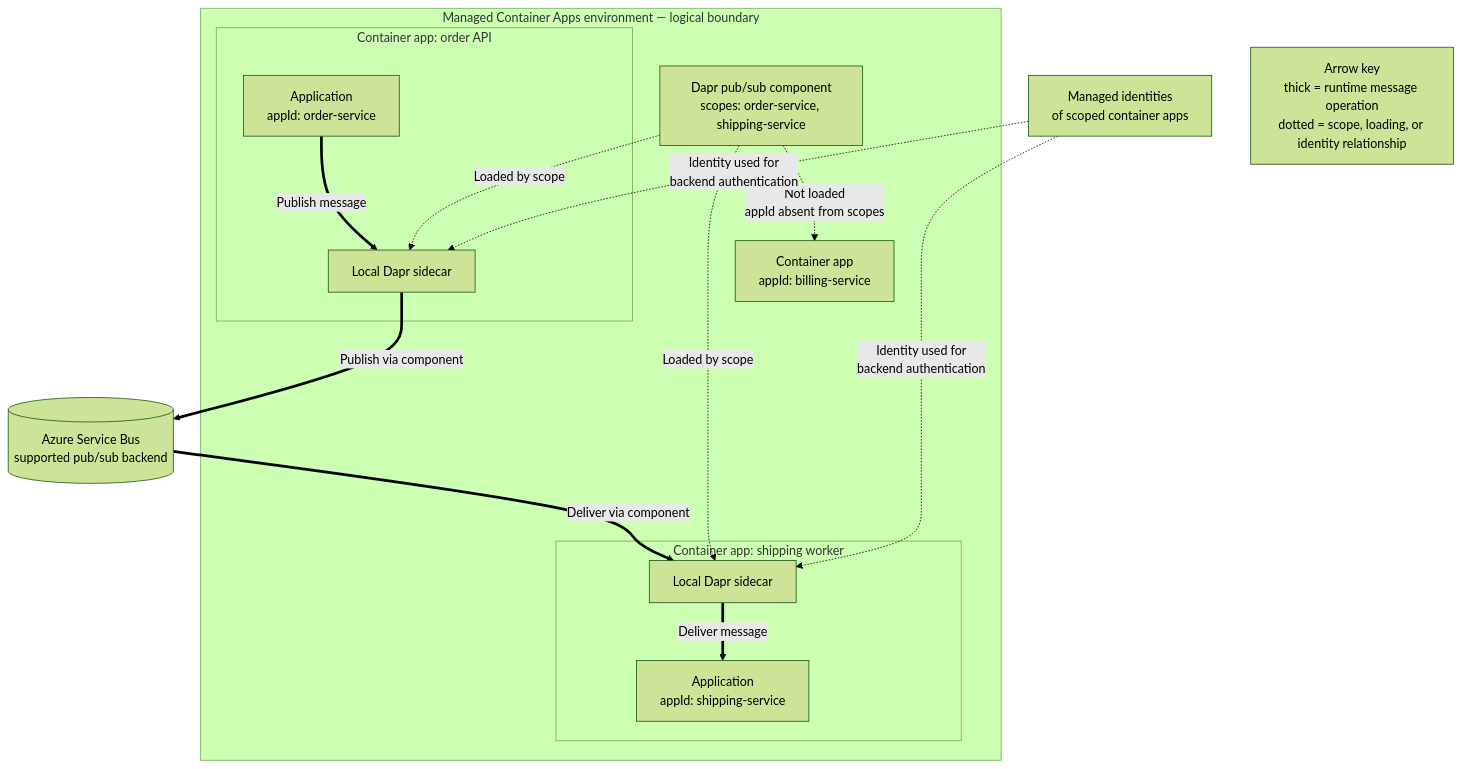
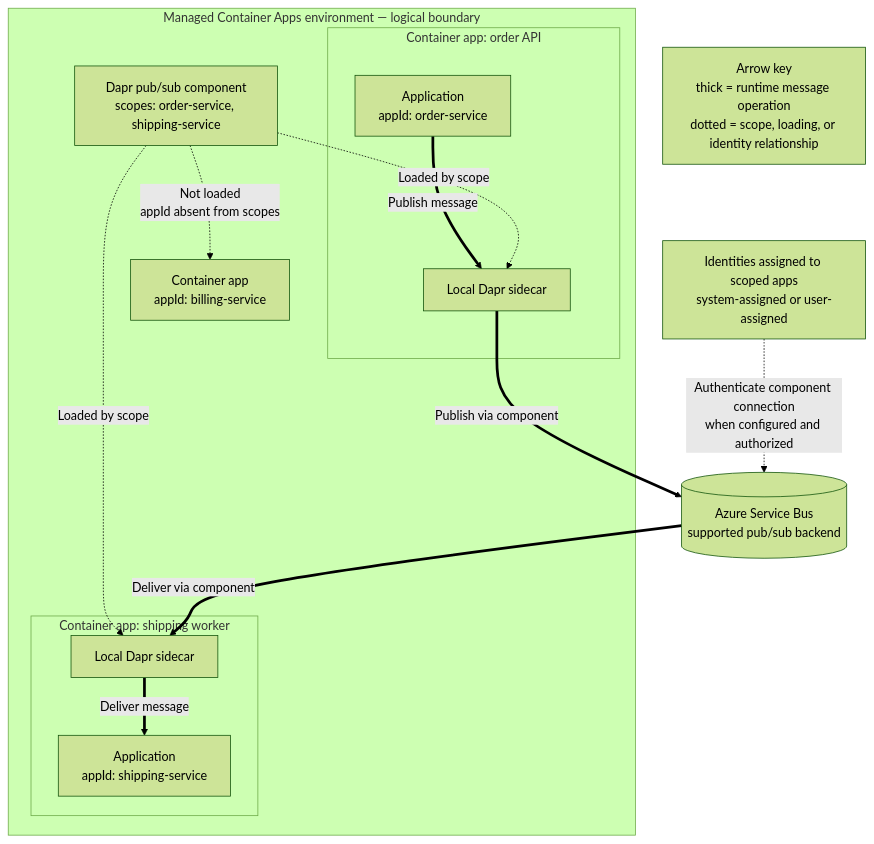
The diagram in docs/platform/dapr/components-state-pubsub.md (yeongseon/azure-container-apps-practical-guide), drawn with Mermaid (forest theme) before and after one commit. The commit also changed other lines of this file and 1 other file, not shown here.

Commit message:
fix(diagrams): correct the Container Apps Dapr model

````diff
--- a/docs/platform/dapr/components-state-pubsub.md
+++ b/docs/platform/dapr/components-state-pubsub.md
@@ -40,36 +40,35 @@
 ```mermaid
 flowchart TD
     accTitle: Environment-level Dapr component scoping and backend identity
-    accDescr: A Dapr pub-sub component is configured at the managed Container Apps environment level. Its scopes array lists the order-service and shipping-service Dapr application IDs, so those two apps load the component while billing-service does not. The scoped apps use their local Dapr sidecars to publish or receive messages through the component and a supported Service Bus backend. Their managed identities authenticate to the backend when configured and authorized. Thick arrows are runtime message operations, while dotted arrows are scope, loading, or identity relationships.
+    accDescr: A Dapr pub-sub component is configured at the managed Container Apps environment level. Its scopes array lists the order-service and shipping-service Dapr application IDs, so those two apps load the component while billing-service does not. The scoped apps use their local Dapr sidecars to publish or receive messages through the component and a supported Service Bus backend. System-assigned or user-assigned identities on the scoped container apps authenticate the component connection to that backend when configured and authorized. Thick arrows are runtime message operations, while dotted arrows are scope, loading, or identity relationships.
 
     subgraph ENV["Managed Container Apps environment — logical boundary"]
         COMPONENT["Dapr pub/sub component<br/>scopes: order-service, shipping-service"]
 
         subgraph ORDER["Container app: order API"]
             ORDER_APP["Application<br/>appId: order-service"]
             ORDER_SIDE["Local Dapr sidecar"]
             ORDER_APP ==>|"Publish message"| ORDER_SIDE
         end
 
         subgraph SHIPPING["Container app: shipping worker"]
             SHIPPING_SIDE["Local Dapr sidecar"]
             SHIPPING_APP["Application<br/>appId: shipping-service"]
             SHIPPING_SIDE ==>|"Deliver message"| SHIPPING_APP
         end
 
         BILLING["Container app<br/>appId: billing-service"]
     end
 
-    IDENTITY["Managed identities<br/>of scoped container apps"]
+    IDENTITY["Identities assigned to scoped apps<br/>system-assigned or user-assigned"]
     BROKER[("Azure Service Bus<br/>supported pub/sub backend")]
 
     COMPONENT -.->|"Loaded by scope"| ORDER_SIDE
     COMPONENT -.->|"Loaded by scope"| SHIPPING_SIDE
     COMPONENT -.->|"Not loaded<br/>appId absent from scopes"| BILLING
     ORDER_SIDE ==>|"Publish via component"| BROKER
     BROKER ==>|"Deliver via component"| SHIPPING_SIDE
-    IDENTITY -.->|"Identity used for<br/>backend authentication"| ORDER_SIDE
-    IDENTITY -.->|"Identity used for<br/>backend authentication"| SHIPPING_SIDE
+    IDENTITY -.->|"Authenticate component connection<br/>when configured and authorized"| BROKER
 
     LEGEND["Arrow key<br/>thick = runtime message operation<br/>dotted = scope, loading, or identity relationship"]
 ```
````
